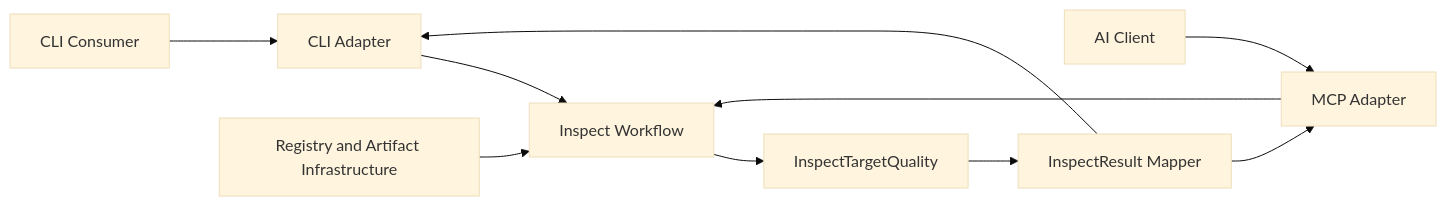
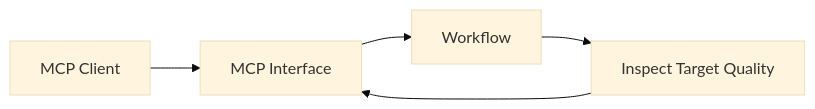
One commit to huang-xiao-jian/bluey changed the second of 2 diagrams in specs/npm-plus/interfaces/spec.md. Above: the diagram before and after it, drawn with Mermaid (base theme). The commit also changed other lines of this file and 4 other files, not shown here.

````diff
--- a/specs/npm-plus/interfaces/spec.md
+++ b/specs/npm-plus/interfaces/spec.md
@@ -16,12 +27,11 @@
 ```mermaid
+---
+config:
+  layout: dagre
+---
 flowchart LR
-    C[CLI Consumer] --> CA[CLI Adapter]
-    A[AI Client] --> MA[MCP Adapter]
-    CA --> W[Inspect Workflow]
-    MA --> W
-    R[Registry and Artifact Infrastructure] --> W
-    W --> Q[InspectTargetQuality]
-    Q --> M[InspectResult Mapper]
-    M --> CA
-    M --> MA
+    Agent[MCP Client] --> Mcp[MCP Interface]
+    Mcp --> Workflow
+    Workflow --> Report[Inspect Target Quality]
+    Report --> Mcp
 ```
````
